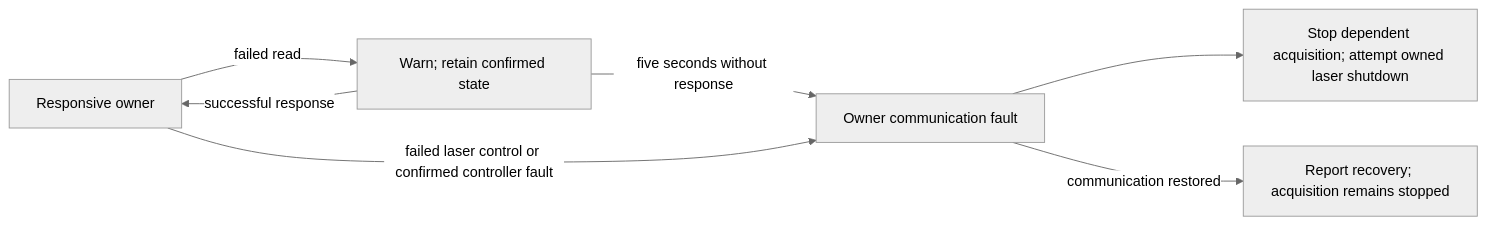
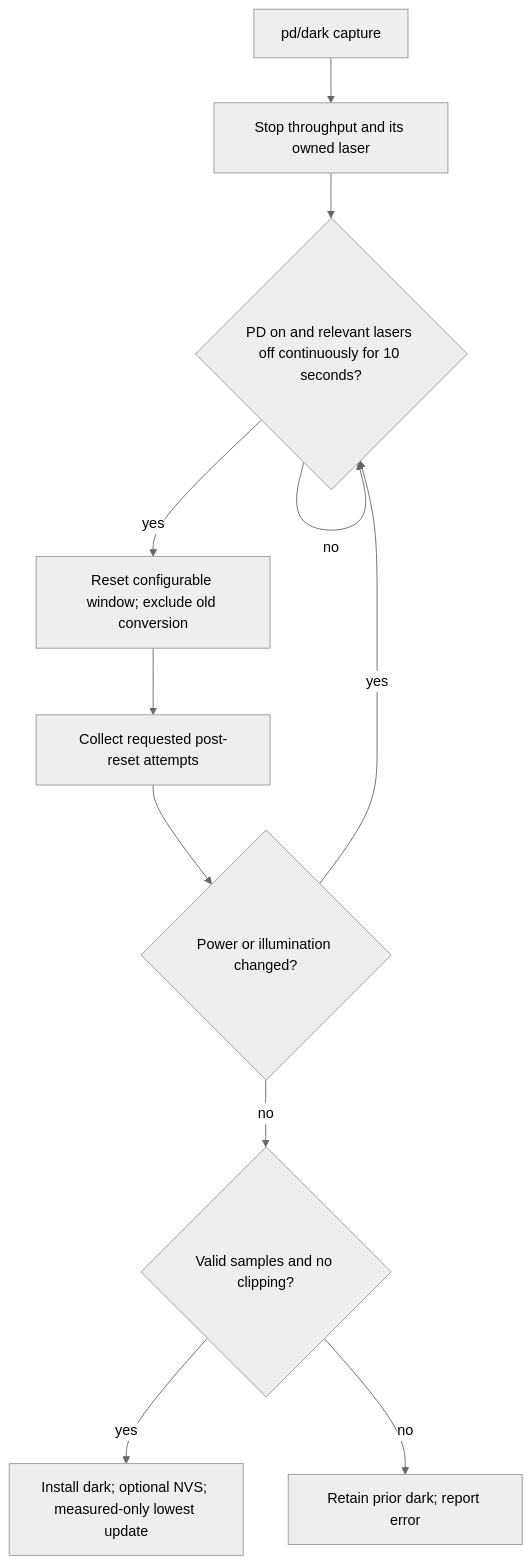
The diagram in doc/photodiode_notes.md (COO-Utilities/hispec-tib), drawn with Mermaid (neutral theme) before and after one commit. The commit also changed other lines of this file and 52 other files, not shown here.

````diff
--- a/doc/photodiode_notes.md
+++ b/doc/photodiode_notes.md
@@ -340,9 +41,13 @@
 ```{mermaid}
-flowchart LR
-  Ready[Responsive owner] -->|failed read| Transient[Warn; retain confirmed state]
-  Transient -->|successful response| Ready
-  Transient -->|five seconds without response| Fault[Owner communication fault]
-  Ready -->|failed laser control or confirmed controller fault| Fault
-  Fault --> Stop[Stop dependent acquisition; attempt owned laser shutdown]
-  Fault -->|communication restored| Recovery[Report recovery; acquisition remains stopped]
+flowchart TD
+  Request[pd/dark capture] --> Quiesce[Stop throughput and its owned laser]
+  Quiesce --> Eligible{PD on and relevant lasers off continuously for 10 seconds?}
+  Eligible -->|no| Eligible
+  Eligible -->|yes| Reset[Reset configurable window; exclude old conversion]
+  Reset --> Collect[Collect requested post-reset attempts]
+  Collect --> Changed{Power or illumination changed?}
+  Changed -->|yes| Eligible
+  Changed -->|no| Check{Valid samples and no clipping?}
+  Check -->|yes| Save[Install dark; optional NVS; measured-only lowest update]
+  Check -->|no| Error[Retain prior dark; report error]
 ```
````
